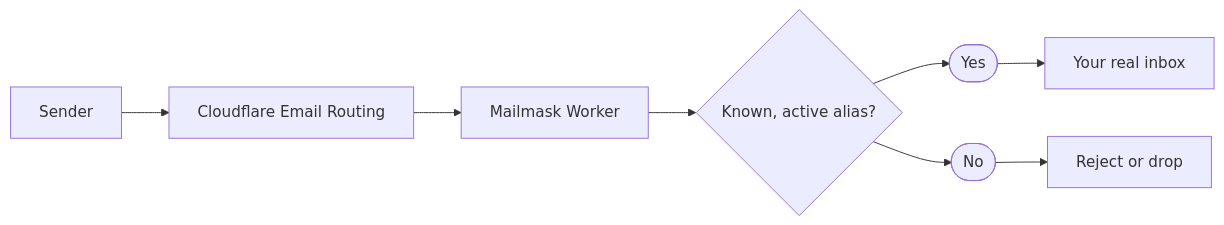
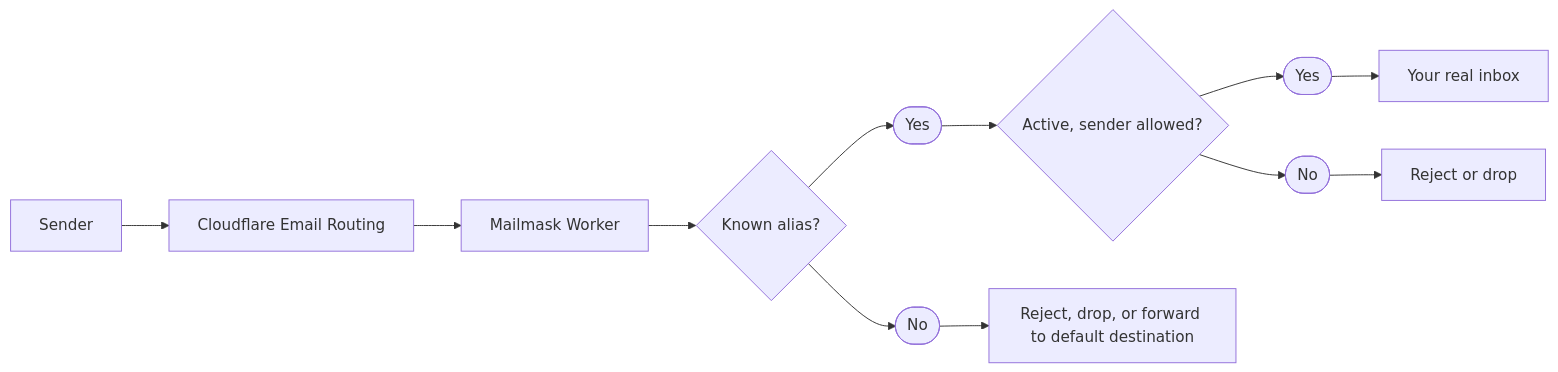
Before and after one commit to cbnventures/mailmask: the diagram in apps/docs/docs/overview.mdx, drawn with Mermaid. The commit also changed other lines of this file and 104 other files, not shown here.

````diff
--- a/apps/docs/docs/overview.mdx
+++ b/apps/docs/docs/overview.mdx
@@ -48,8 +48,10 @@
 ```mermaid
 flowchart LR
     Sender[Sender] --> Routing[Cloudflare Email Routing]
     Routing --> Worker[Mailmask Worker]
-    Worker --> Decision{Known, active alias?}
-    Decision --> Yes([Yes]):::muted --> Inbox[Your real inbox]
-    Decision --> No([No]):::muted --> Refuse[Reject or drop]
+    Worker --> Known{Known alias?}
+    Known --> KnownYes([Yes]):::muted --> Active{Active, sender allowed?}
+    Active --> ActiveYes([Yes]):::muted --> Inbox[Your real inbox]
+    Active --> ActiveNo([No]):::muted --> Refuse[Reject or drop]
+    Known --> KnownNo([No]):::muted --> Unknown[Reject, drop, or forward to default destination]
 ```
````
